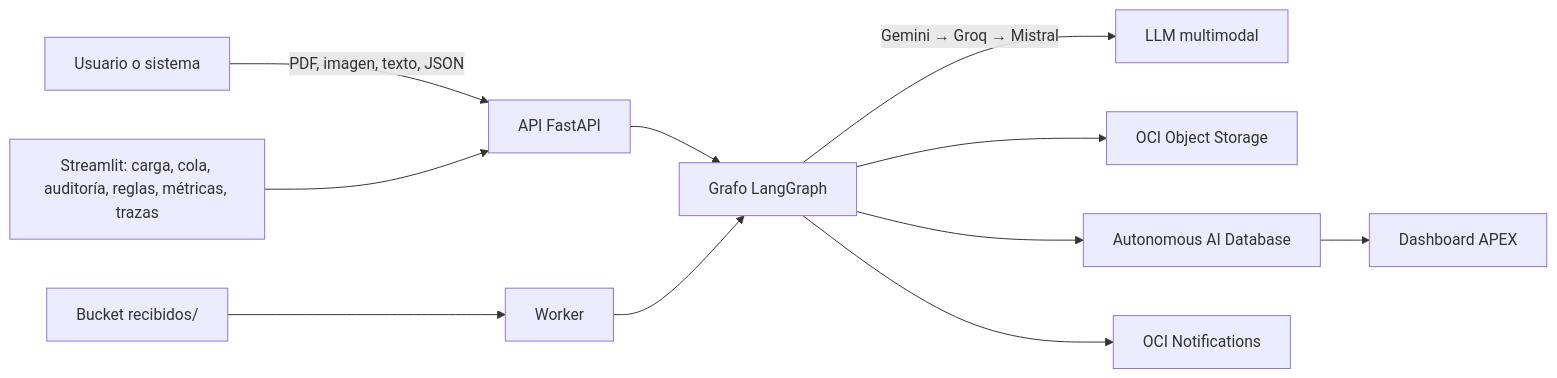
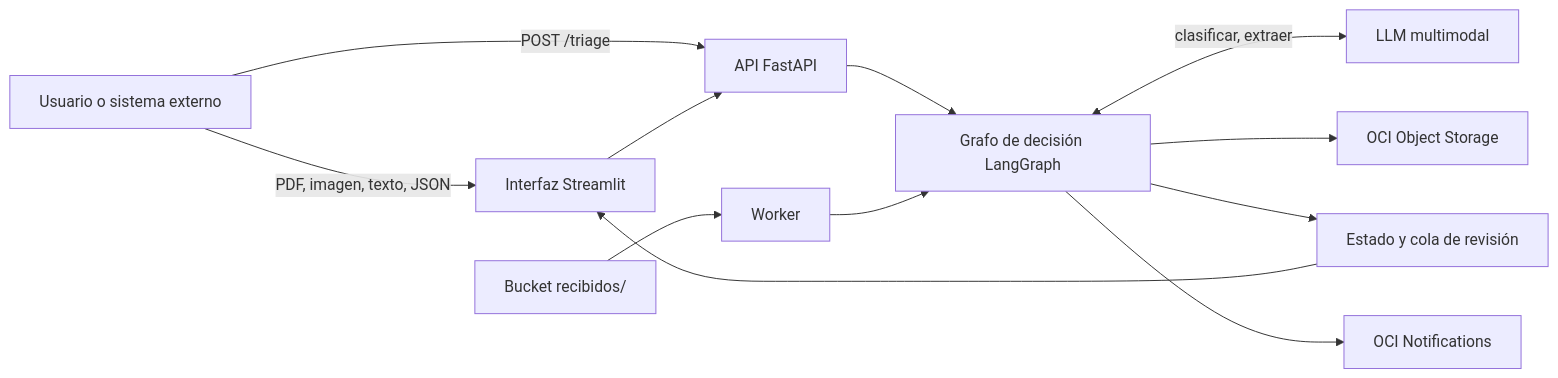
One commit to No-Country-simulation/G10-LATAM-equipo-37-Mediflow changed the first of 2 diagrams in README.md. Above: the diagram before and after it, drawn with Mermaid. The commit also changed other lines of this file and 11 other files, not shown here.

````diff
--- a/README.md
+++ b/README.md
@@ -19,13 +109,14 @@
 ```mermaid
 flowchart LR
-    U["Usuario o sistema"] -->|"PDF, imagen, texto, JSON"| API["API FastAPI"]
+    U["Usuario o sistema externo"] -->|"PDF, imagen, texto, JSON"| UI["Interfaz Streamlit"]
+    U -->|"POST /triage"| API["API FastAPI"]
+    UI --> API
     B["Bucket recibidos/"] --> W["Worker"]
-    API --> G["Grafo LangGraph"]
+    API --> G["Grafo de decisión LangGraph"]
     W --> G
-    G -->|"Gemini → Groq → Mistral"| LLM["LLM multimodal"]
+    G <-->|"clasificar, extraer"| LLM["LLM multimodal"]
     G --> OS["OCI Object Storage"]
-    G --> DB["Autonomous AI Database"]
+    G --> DB["Estado y cola de revisión"]
     G --> ONS["OCI Notifications"]
-    UI["Streamlit: carga, cola, auditoría, reglas, métricas, trazas"] --> API
-    DB --> APEX["Dashboard APEX"]
+    DB --> UI
 ```
````
